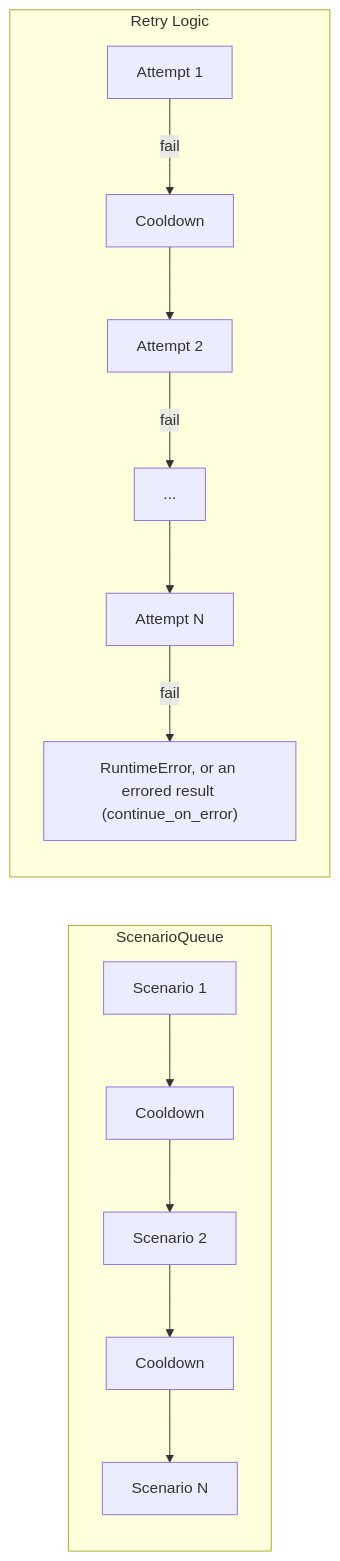
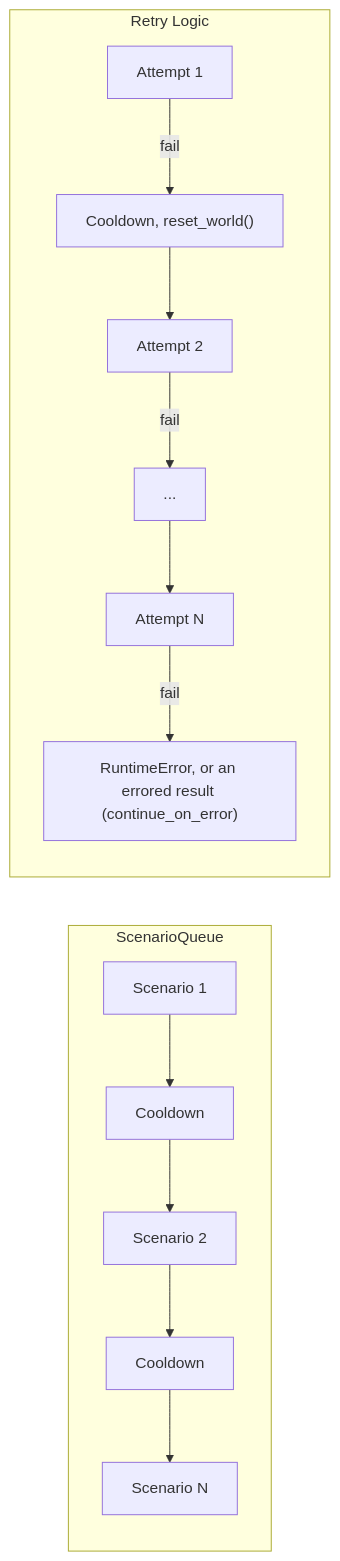
The fourth of 13 diagrams in autoware_carla_scenario/docs/architecture.md (autowarefoundation/autoware_carla_scenario), drawn with Mermaid before and after one commit. The commit also changed other lines of this file and 4 other files, not shown here.

First line of the commit message:
fix(scenario_queue): reset the world before a retry and after a raising run_all

````diff
--- a/autoware_carla_scenario/docs/architecture.md
+++ b/autoware_carla_scenario/docs/architecture.md
@@ -333,19 +333,19 @@
 ```mermaid
 graph LR
     subgraph ScenarioQueue
         direction TB
         A[Scenario 1] --> B[Cooldown]
         B --> C[Scenario 2]
         C --> D[Cooldown]
         D --> E[Scenario N]
     end
 
     subgraph Retry["Retry Logic"]
         direction TB
-        R1["Attempt 1"] -->|fail| R2["Cooldown"]
+        R1["Attempt 1"] -->|fail| R2["Cooldown, reset_world()"]
         R2 --> R3["Attempt 2"]
         R3 -->|fail| R4["..."]
         R4 --> R5["Attempt N"]
         R5 -->|fail| R6["RuntimeError, or an errored result (continue_on_error)"]
     end
 ```
````
